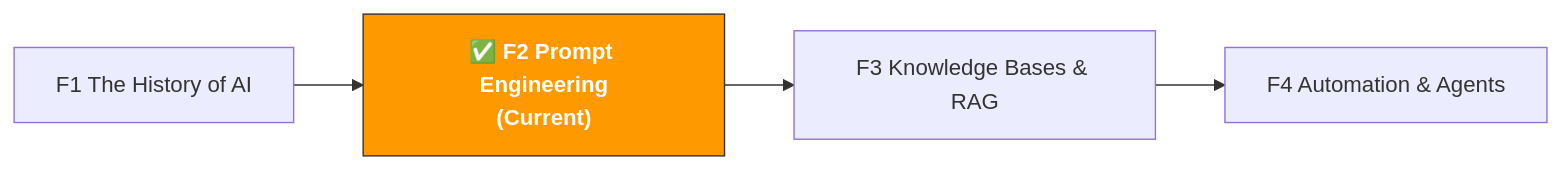
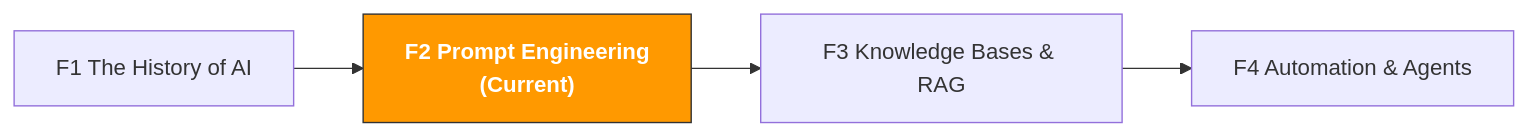
The diagram in en/paths/0-foundations/f2-prompt-engineering.md (kangise/ecommerce-ai-roadmap), drawn with Mermaid before and after one commit. The commit also changed other lines of this file and 185 other files, not shown here.

````diff
--- a/en/paths/0-foundations/f2-prompt-engineering.md
+++ b/en/paths/0-foundations/f2-prompt-engineering.md
@@ -15,11 +15,11 @@
 ```mermaid
 flowchart LR
-    F1["F1 The History of AI"]
-    F1 --> F2
-    F2["✅ F2 Prompt Engineering<br/>(Current)"]:::current
-    F2 --> F3
-    F3["F3 Knowledge Bases & RAG"]
-    F3 --> F4
-    F4["F4 Automation & Agents"]
-    classDef current fill:#ff9900,stroke:#333,color:#fff,font-weight:bold
+F1["F1 The History of AI"]
+F1 --> F2
+F2[" F2 Prompt Engineering<br/>(Current)"]:::current
+F2 --> F3
+F3["F3 Knowledge Bases & RAG"]
+F3 --> F4
+F4["F4 Automation & Agents"]
+classDef current fill:#ff9900,stroke:#333,color:#fff,font-weight:bold
 ```
````
